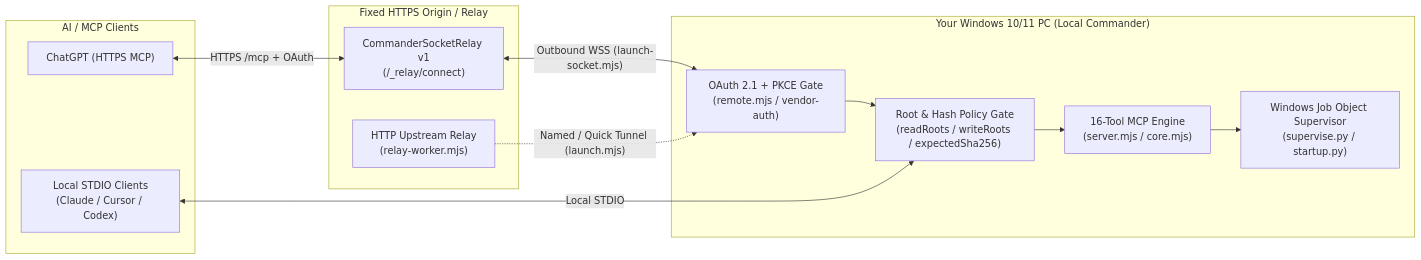
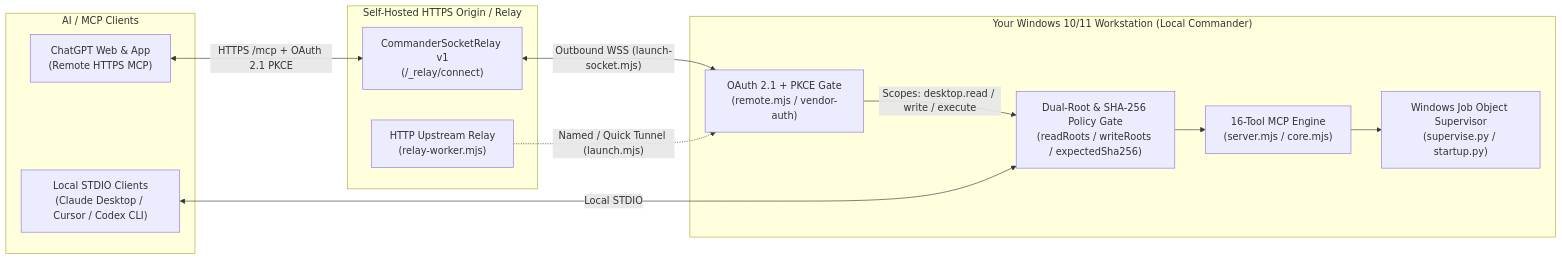
Before and after one commit to shinjaehyun20/local-commander: the diagram in README.md, drawn with Mermaid. The commit also changed other lines of this file and 1 other file, not shown here.

Commit message:
docs(readme): add 16:9 architecture hero banner and upgrade to bilingual v2.0 layout

````diff
--- a/README.md
+++ b/README.md
@@ -172,27 +49,27 @@
 ```mermaid
 flowchart LR
   subgraph Clients["AI / MCP Clients"]
-    CGPT["ChatGPT (HTTPS MCP)"]
-    LOCAL["Local STDIO Clients\n(Claude / Cursor / Codex)"]
+    CGPT["ChatGPT Web & App\n(Remote HTTPS MCP)"]
+    LOCAL["Local STDIO Clients\n(Claude Desktop / Cursor / Codex CLI)"]
   end
 
-  subgraph Edge["Fixed HTTPS Origin / Relay"]
+  subgraph Edge["Self-Hosted HTTPS Origin / Relay"]
     WSS["CommanderSocketRelay v1\n(/_relay/connect)"]
     WORKER["HTTP Upstream Relay\n(relay-worker.mjs)"]
   end
 
-  subgraph Host["Your Windows 10/11 PC (Local Commander)"]
+  subgraph Host["Your Windows 10/11 Workstation (Local Commander)"]
     OAUTH["OAuth 2.1 + PKCE Gate\n(remote.mjs / vendor-auth)"]
-    POLICY["Root & Hash Policy Gate\n(readRoots / writeRoots / expectedSha256)"]
+    POLICY["Dual-Root & SHA-256 Policy Gate\n(readRoots / writeRoots / expectedSha256)"]
     CORE["16-Tool MCP Engine\n(server.mjs / core.mjs)"]
     JOB["Windows Job Object Supervisor\n(supervise.py / startup.py)"]
   end
 
-  CGPT <-->|"HTTPS /mcp + OAuth"| WSS
+  CGPT <-->|"HTTPS /mcp + OAuth 2.1 PKCE"| WSS
   WSS <-->|"Outbound WSS (launch-socket.mjs)"| OAUTH
   WORKER -.->|"Named / Quick Tunnel (launch.mjs)"| OAUTH
-  OAUTH --> POLICY
+  OAUTH -->|"Scopes: desktop.read / write / execute"| POLICY
   LOCAL <-->|"Local STDIO"| POLICY
   POLICY --> CORE
   CORE --> JOB
 ```
````
